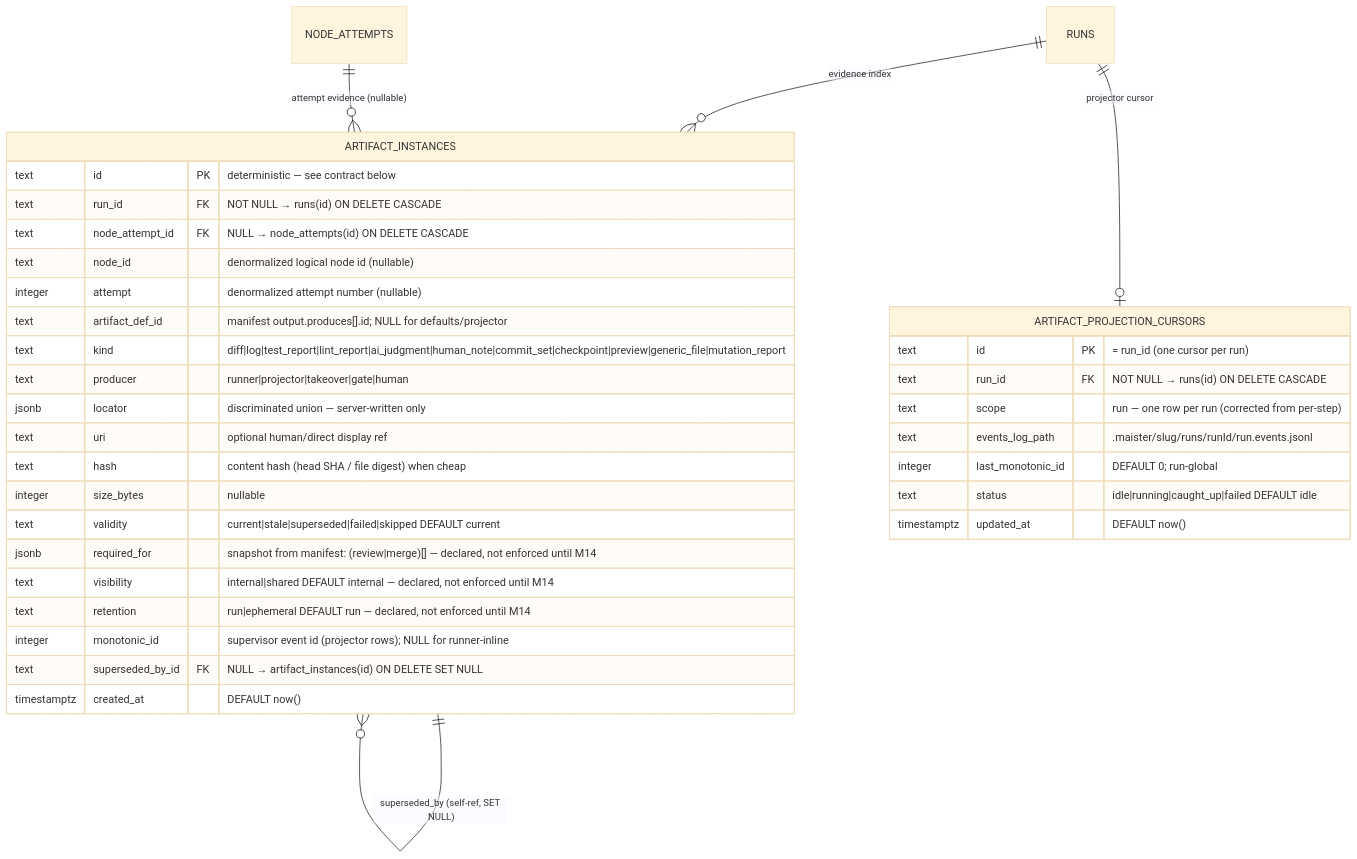
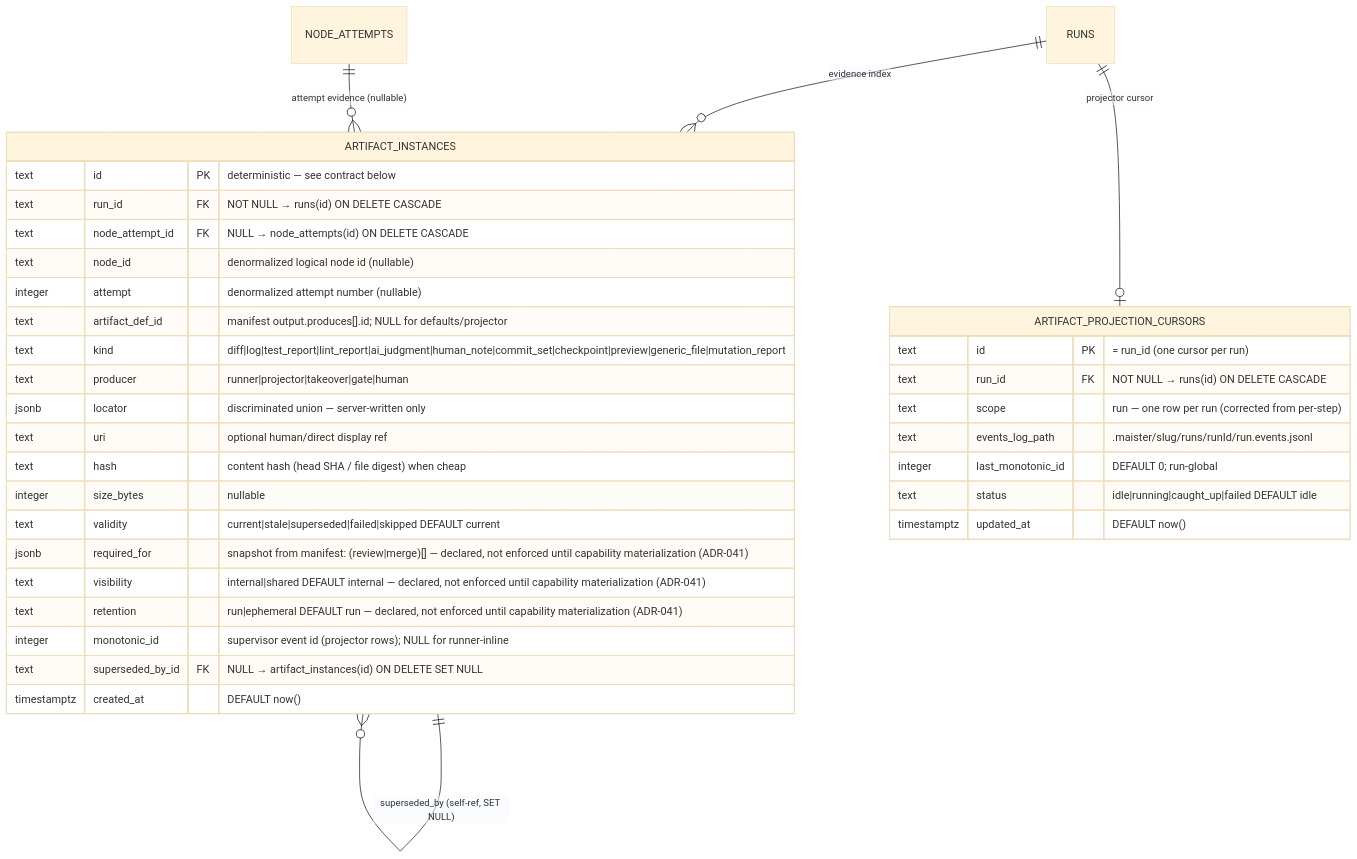
One commit to maister-dev/maister changed the diagram in docs/db/artifacts-domain.md. Above: the diagram before and after it, drawn with Mermaid (base theme). The commit also changed other lines of this file and 89 other files, not shown here.

````diff
--- a/docs/db/artifacts-domain.md
+++ b/docs/db/artifacts-domain.md
@@ -11,39 +12,39 @@
 ```mermaid
 erDiagram
     RUNS ||--o{ ARTIFACT_INSTANCES : "evidence index"
     RUNS ||--o| ARTIFACT_PROJECTION_CURSORS : "projector cursor"
     NODE_ATTEMPTS ||--o{ ARTIFACT_INSTANCES : "attempt evidence (nullable)"
     ARTIFACT_INSTANCES ||--o{ ARTIFACT_INSTANCES : "superseded_by (self-ref, SET NULL)"
 
     ARTIFACT_INSTANCES {
         text id PK "deterministic — see contract below"
         text run_id FK "NOT NULL → runs(id) ON DELETE CASCADE"
         text node_attempt_id FK "NULL → node_attempts(id) ON DELETE CASCADE"
         text node_id "denormalized logical node id (nullable)"
         integer attempt "denormalized attempt number (nullable)"
         text artifact_def_id "manifest output.produces[].id; NULL for defaults/projector"
         text kind "diff|log|test_report|lint_report|ai_judgment|human_note|commit_set|checkpoint|preview|generic_file|mutation_report"
         text producer "runner|projector|takeover|gate|human"
         jsonb locator "discriminated union — server-written only"
         text uri "optional human/direct display ref"
         text hash "content hash (head SHA / file digest) when cheap"
         integer size_bytes "nullable"
         text validity "current|stale|superseded|failed|skipped DEFAULT current"
-        jsonb required_for "snapshot from manifest: (review|merge)[] — declared, not enforced until M14"
-        text visibility "internal|shared DEFAULT internal — declared, not enforced until M14"
-        text retention "run|ephemeral DEFAULT run — declared, not enforced until M14"
+        jsonb required_for "snapshot from manifest: (review|merge)[] — declared, not enforced until capability materialization (ADR-041)"
+        text visibility "internal|shared DEFAULT internal — declared, not enforced until capability materialization (ADR-041)"
+        text retention "run|ephemeral DEFAULT run — declared, not enforced until capability materialization (ADR-041)"
         integer monotonic_id "supervisor event id (projector rows); NULL for runner-inline"
         text superseded_by_id FK "NULL → artifact_instances(id) ON DELETE SET NULL"
         timestamptz created_at "DEFAULT now()"
     }
 
     ARTIFACT_PROJECTION_CURSORS {
         text id PK "= run_id (one cursor per run)"
         text run_id FK "NOT NULL → runs(id) ON DELETE CASCADE"
         text scope "run — one row per run (corrected from per-step)"
         text events_log_path ".maister/slug/runs/runId/run.events.jsonl"
         integer last_monotonic_id "DEFAULT 0; run-global"
         text status "idle|running|caught_up|failed DEFAULT idle"
         timestamptz updated_at "DEFAULT now()"
     }
 ```
````
